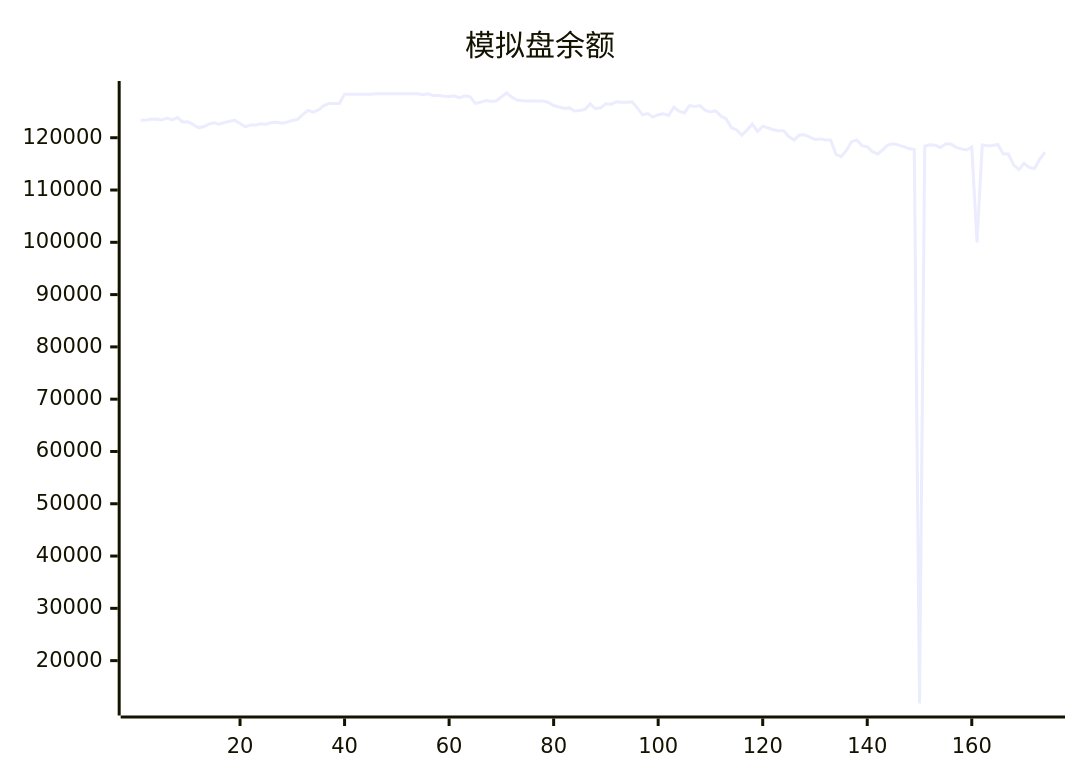
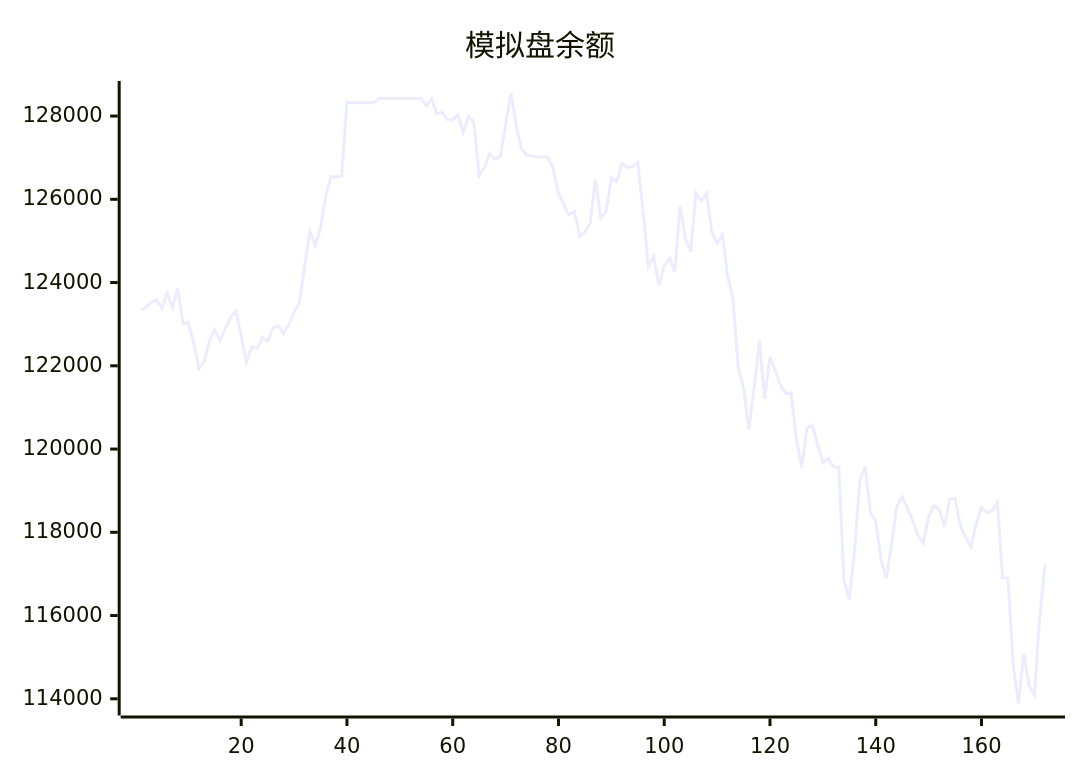
Before and after one commit to aahl/ai-trading: the diagram in README.md, drawn with Mermaid.

Commit message:
📈 AI Auto Trading

````diff
--- a/README.md
+++ b/README.md
@@ -5,5 +5,5 @@
 ```mermaid
 xychart
     title "模拟盘余额"
-    line [123338,123402,123530,123592,123378,123745,123413,123853,123009,123040,122557,121938,122095,122599,122856,122597,122898,123160,123319,122719,122087,122454,122416,122685,122592,122907,122961,122776,122981,123295,123507,124403,125224,124894,125303,126088,126544,126534,126549,128335,128318,128318,128318,128318,128318,128424,128424,128424,128424,128424,128424,128424,128424,128424,128247,128412,128062,128087,127917,127901,128026,127611,128000,127850,126572,126770,127100,126971,127029,127783,128554,127765,127224,127064,127044,127009,127025,127004,126738,126152,125871,125635,125707,125117,125217,125420,126480,125545,125715,126511,126424,126856,126764,126788,126890,125710,124381,124632,123936,124402,124574,124256,125833,125070,124739,126154,125966,126145,125213,124943,125143,124157,123604,121959,121476,120476,121470,122610,121201,122221,121889,121522,121332,121344,120232,119559,120513,120577,120108,119680,119777,119572,119568,116839,116392,117573,119250,119585,118469,118277,117338,116897,117706,118628,118849,118579,118280,117926,117735,11802,118373,118639,118544,118136,118798,118819,118162,117874,117649,118215,100000,118601,118463,118517,118713,116911,116899,114798,113887,115084,114313,114091,115934,117221]
+    line [123338,123402,123530,123592,123378,123745,123413,123853,123009,123040,122557,121938,122095,122599,122856,122597,122898,123160,123319,122719,122087,122454,122416,122685,122592,122907,122961,122776,122981,123295,123507,124403,125224,124894,125303,126088,126544,126534,126549,128335,128318,128318,128318,128318,128318,128424,128424,128424,128424,128424,128424,128424,128424,128424,128247,128412,128062,128087,127917,127901,128026,127611,128000,127850,126572,126770,127100,126971,127029,127783,128554,127765,127224,127064,127044,127009,127025,127004,126738,126152,125871,125635,125707,125117,125217,125420,126480,125545,125715,126511,126424,126856,126764,126788,126890,125710,124381,124632,123936,124402,124574,124256,125833,125070,124739,126154,125966,126145,125213,124943,125143,124157,123604,121959,121476,120476,121470,122610,121201,122221,121889,121522,121332,121344,120232,119559,120513,120577,120108,119680,119777,119572,119568,116839,116392,117573,119250,119585,118469,118277,117338,116897,117706,118628,118849,118579,118280,117926,117735,118373,118639,118544,118136,118798,118819,118162,117874,117649,118215,118601,118463,118517,118713,116911,116899,114798,113887,115084,114313,114091,115934,117221]
 ```
````
